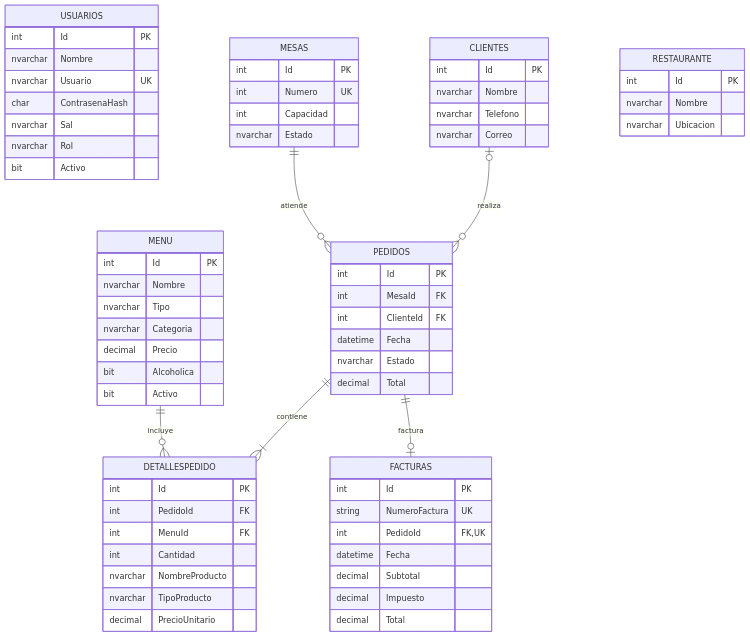
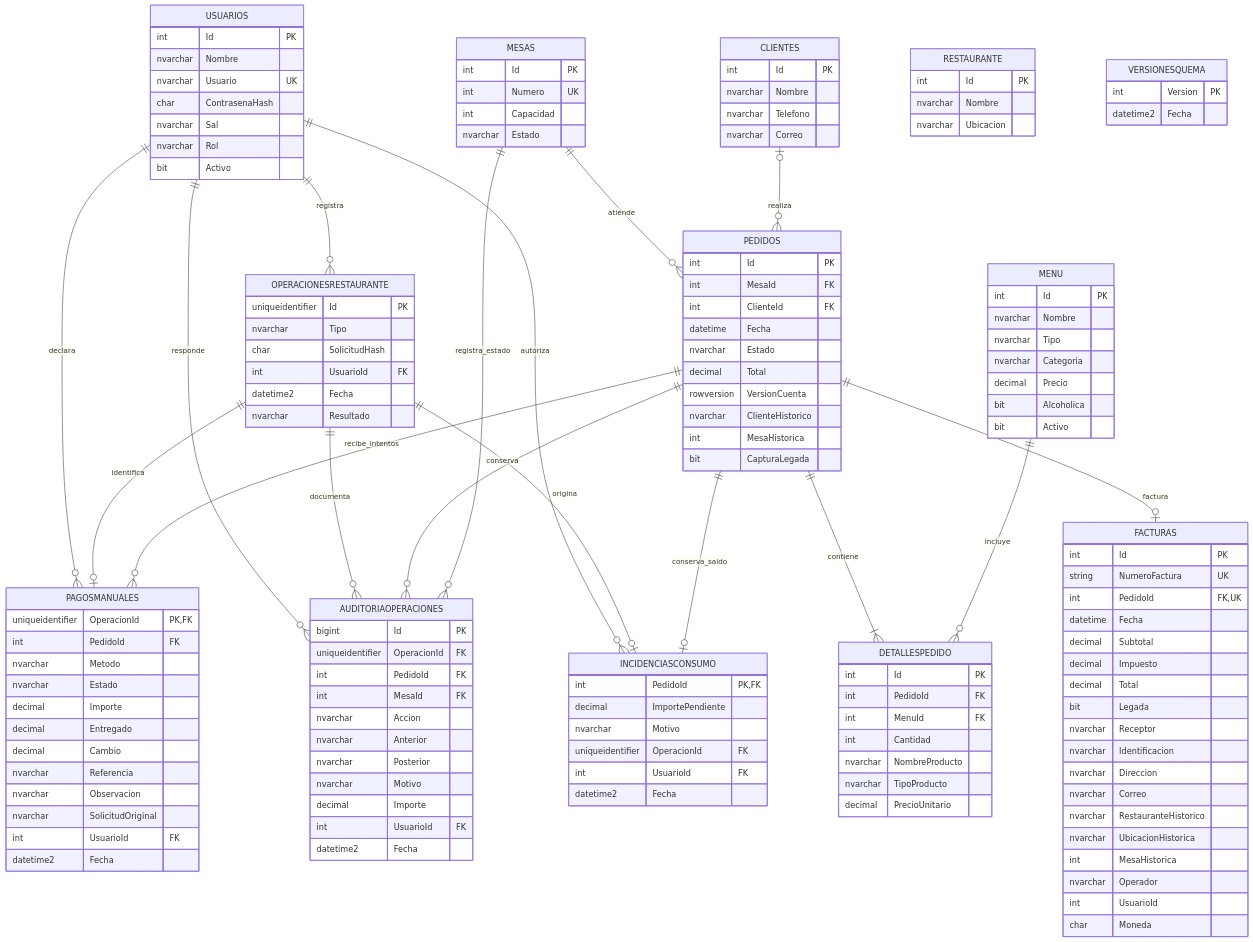
Before and after one commit to ivanc-93/restaurante: the diagram in restaurante2/Diagramas/DiagramaBaseDatos.mmd, drawn with Mermaid. The commit also changed 22 other files, not shown here.

```diff
--- a/restaurante2/Diagramas/DiagramaBaseDatos.mmd
+++ b/restaurante2/Diagramas/DiagramaBaseDatos.mmd
@@ -1,67 +1,140 @@
 erDiagram
     USUARIOS {
         int Id PK
         nvarchar Nombre
         nvarchar Usuario UK
         char ContrasenaHash
         nvarchar Sal
         nvarchar Rol
         bit Activo
     }
     MESAS {
         int Id PK
         int Numero UK
         int Capacidad
         nvarchar Estado
     }
     MENU {
         int Id PK
         nvarchar Nombre
         nvarchar Tipo
         nvarchar Categoria
         decimal Precio
         bit Alcoholica
         bit Activo
     }
     CLIENTES {
         int Id PK
         nvarchar Nombre
         nvarchar Telefono
         nvarchar Correo
     }
     PEDIDOS {
         int Id PK
         int MesaId FK
         int ClienteId FK
         datetime Fecha
         nvarchar Estado
         decimal Total
+        rowversion VersionCuenta
+        nvarchar ClienteHistorico
+        int MesaHistorica
+        bit CapturaLegada
     }
     DETALLESPEDIDO {
         int Id PK
         int PedidoId FK
         int MenuId FK
         int Cantidad
         nvarchar NombreProducto
         nvarchar TipoProducto
         decimal PrecioUnitario
     }
     FACTURAS {
         int Id PK
         string NumeroFactura UK
         int PedidoId FK,UK
         datetime Fecha
         decimal Subtotal
         decimal Impuesto
         decimal Total
+        bit Legada
+        nvarchar Receptor
+        nvarchar Identificacion
+        nvarchar Direccion
+        nvarchar Correo
+        nvarchar RestauranteHistorico
+        nvarchar UbicacionHistorica
+        int MesaHistorica
+        nvarchar Operador
+        int UsuarioId
+        char Moneda
     }
     MESAS ||--o{ PEDIDOS : atiende
     CLIENTES o|--o{ PEDIDOS : realiza
     PEDIDOS ||--|{ DETALLESPEDIDO : contiene
     MENU ||--o{ DETALLESPEDIDO : incluye
     PEDIDOS ||--o| FACTURAS : factura
     RESTAURANTE {
         int Id PK
         nvarchar Nombre
         nvarchar Ubicacion
     }
+    VERSIONESQUEMA {
+        int Version PK
+        datetime2 Fecha
+    }
+    OPERACIONESRESTAURANTE {
+        uniqueidentifier Id PK
+        nvarchar Tipo
+        char SolicitudHash
+        int UsuarioId FK
+        datetime2 Fecha
+        nvarchar Resultado
+    }
+    PAGOSMANUALES {
+        uniqueidentifier OperacionId PK,FK
+        int PedidoId FK
+        nvarchar Metodo
+        nvarchar Estado
+        decimal Importe
+        decimal Entregado
+        decimal Cambio
+        nvarchar Referencia
+        nvarchar Observacion
+        nvarchar SolicitudOriginal
+        int UsuarioId FK
+        datetime2 Fecha
+    }
+    AUDITORIAOPERACIONES {
+        bigint Id PK
+        uniqueidentifier OperacionId FK
+        int PedidoId FK
+        int MesaId FK
+        nvarchar Accion
+        nvarchar Anterior
+        nvarchar Posterior
+        nvarchar Motivo
+        decimal Importe
+        int UsuarioId FK
+        datetime2 Fecha
+    }
+    INCIDENCIASCONSUMO {
+        int PedidoId PK,FK
+        decimal ImportePendiente
+        nvarchar Motivo
+        uniqueidentifier OperacionId FK
+        int UsuarioId FK
+        datetime2 Fecha
+    }
+    USUARIOS ||--o{ OPERACIONESRESTAURANTE : registra
+    USUARIOS ||--o{ PAGOSMANUALES : declara
+    USUARIOS ||--o{ AUDITORIAOPERACIONES : responde
+    USUARIOS ||--o{ INCIDENCIASCONSUMO : autoriza
+    OPERACIONESRESTAURANTE ||--o| PAGOSMANUALES : identifica
+    OPERACIONESRESTAURANTE ||--o{ AUDITORIAOPERACIONES : documenta
+    OPERACIONESRESTAURANTE ||--o| INCIDENCIASCONSUMO : origina
+    PEDIDOS ||--o{ PAGOSMANUALES : recibe_intentos
+    PEDIDOS ||--o{ AUDITORIAOPERACIONES : conserva
+    PEDIDOS ||--o| INCIDENCIASCONSUMO : conserva_saldo
+    MESAS ||--o{ AUDITORIAOPERACIONES : registra_estado
```
